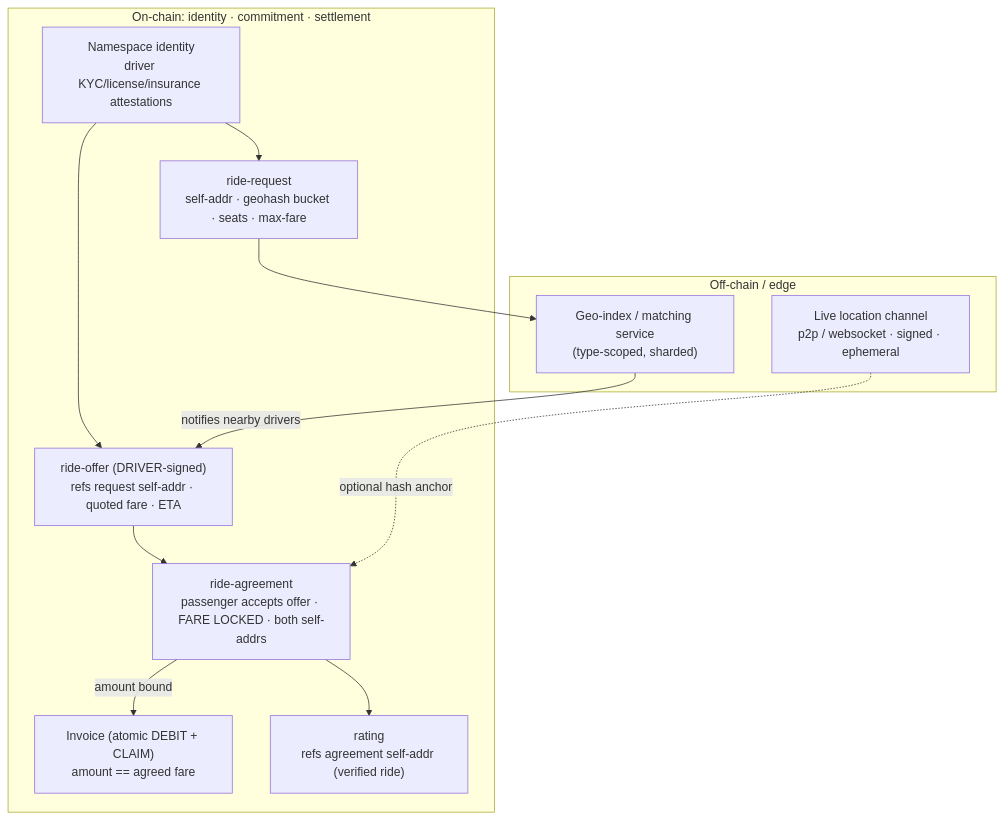
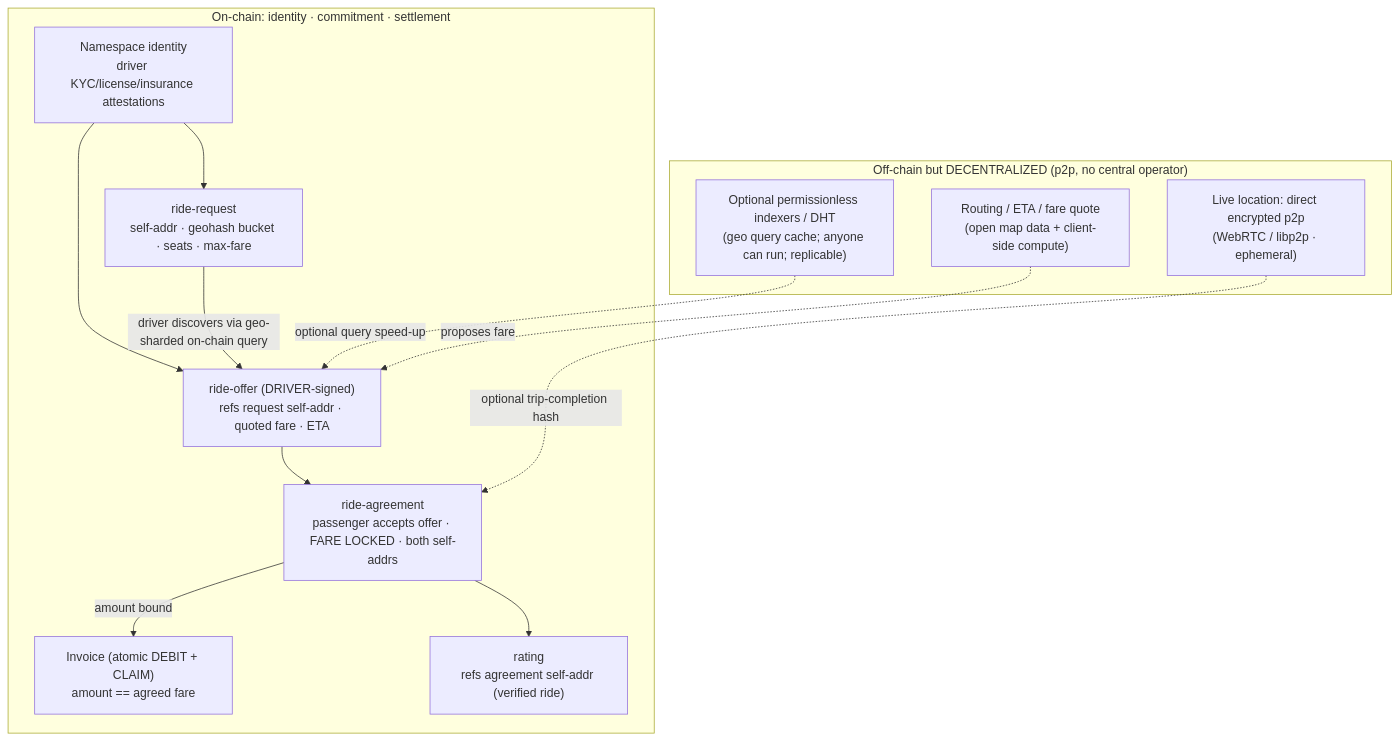
Before and after one commit to AkstonCap/Distordia_Standards: the second of 4 diagrams in docs/nexgo-cluster-design-note.md, drawn with Mermaid. The commit also changed other lines of this file and 1 other file, not shown here.

First line of the commit message:
Push NexGo + Content designs toward fully p2p on-chain; add trust-boundary classification

````diff
--- a/docs/nexgo-cluster-design-note.md
+++ b/docs/nexgo-cluster-design-note.md
@@ -77,24 +80,26 @@
 ```mermaid
 flowchart TB
     subgraph onchain["On-chain: identity · commitment · settlement"]
         NS["Namespace identity<br/>driver KYC/license/insurance attestations"]
         REQ["ride-request<br/>self-addr · geohash bucket · seats · max-fare"]
         OFFER["ride-offer (DRIVER-signed)<br/>refs request self-addr · quoted fare · ETA"]
         AGREE["ride-agreement<br/>passenger accepts offer · FARE LOCKED · both self-addrs"]
         INV["Invoice (atomic DEBIT + CLAIM)<br/>amount == agreed fare"]
         RATE["rating<br/>refs agreement self-addr (verified ride)"]
     end
-    subgraph offchain["Off-chain / edge"]
-        IDX["Geo-index / matching service<br/>(type-scoped, sharded)"]
-        LOC["Live location channel<br/>p2p / websocket · signed · ephemeral"]
+    subgraph p2p["Off-chain but DECENTRALIZED (p2p, no central operator)"]
+        IDX["Optional permissionless indexers / DHT<br/>(geo query cache; anyone can run; replicable)"]
+        ROUTE["Routing / ETA / fare quote<br/>(open map data + client-side compute)"]
+        LOC["Live location: direct encrypted p2p<br/>(WebRTC / libp2p · ephemeral)"]
     end
 
     NS --> REQ
     NS --> OFFER
-    REQ --> IDX
-    IDX -->|"notifies nearby drivers"| OFFER
+    REQ -->|"driver discovers via geo-sharded on-chain query"| OFFER
+    IDX -.->|"optional query speed-up"| OFFER
+    ROUTE -.->|"proposes fare"| OFFER
     OFFER --> AGREE
     AGREE -->|"amount bound"| INV
     AGREE --> RATE
-    LOC -.->|"optional hash anchor"| AGREE
+    LOC -.->|"optional trip-completion hash"| AGREE
 ```
````
